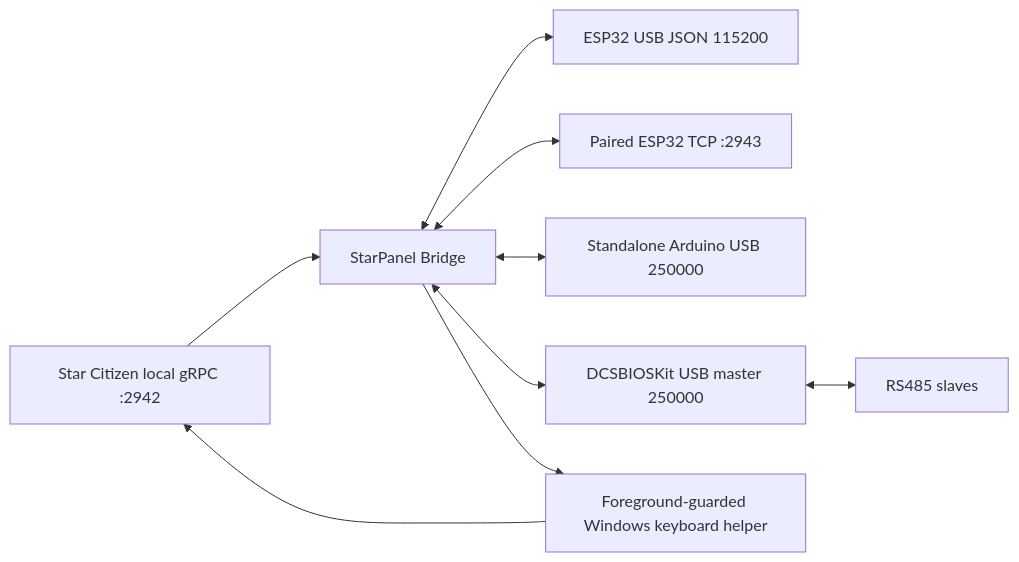
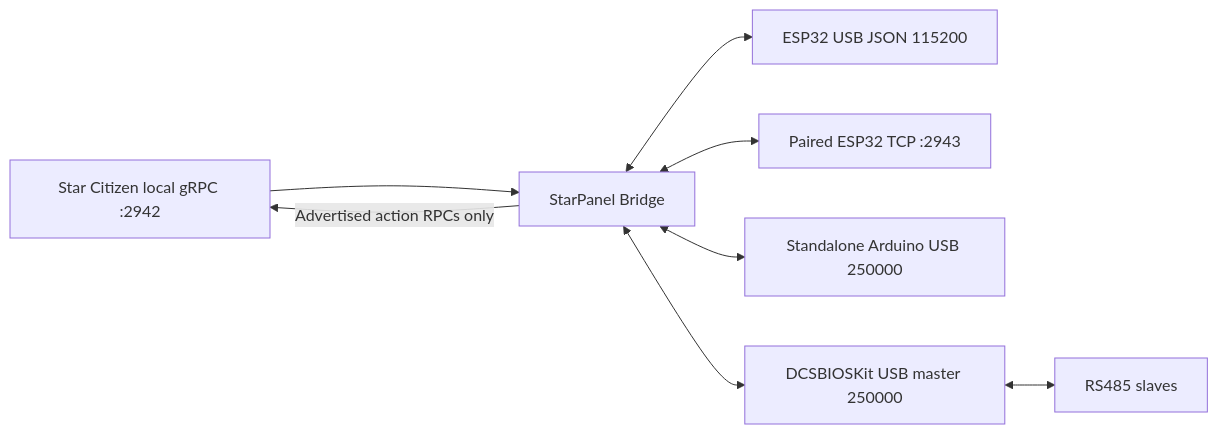
One commit to RogueTech1/starpanel-bridge changed the diagram in docs/PROGRAMMING.md. Above: the diagram before and after it, drawn with Mermaid. The commit also changed other lines of this file and 46 other files, not shown here.

Commit message:
Make game interaction API-only and remove keyboard emulation

````diff
--- a/docs/PROGRAMMING.md
+++ b/docs/PROGRAMMING.md
@@ -9,11 +9,10 @@
 ```mermaid
 flowchart LR
   SC[Star Citizen local gRPC :2942] --> B[StarPanel Bridge]
   B <--> USB[ESP32 USB JSON 115200]
   B <--> WIFI[Paired ESP32 TCP :2943]
   B <--> AVR[Standalone Arduino USB 250000]
   B <--> MASTER[DCSBIOSKit USB master 250000]
   MASTER <--> SLAVE[RS485 slaves]
-  B --> KEY[Foreground-guarded Windows keyboard helper]
-  KEY --> SC
+  B -->|Advertised action RPCs only| SC
 ```
````
